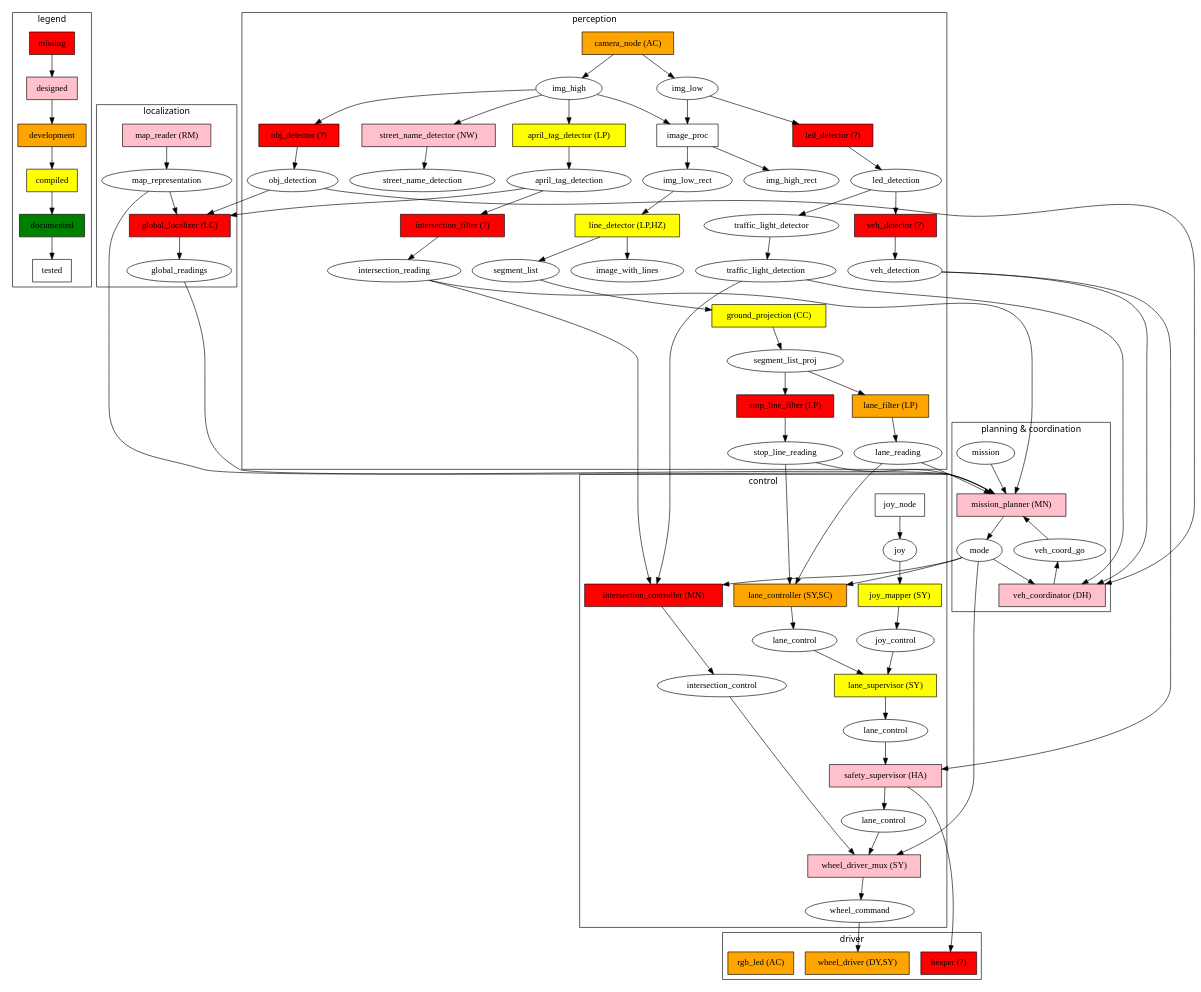
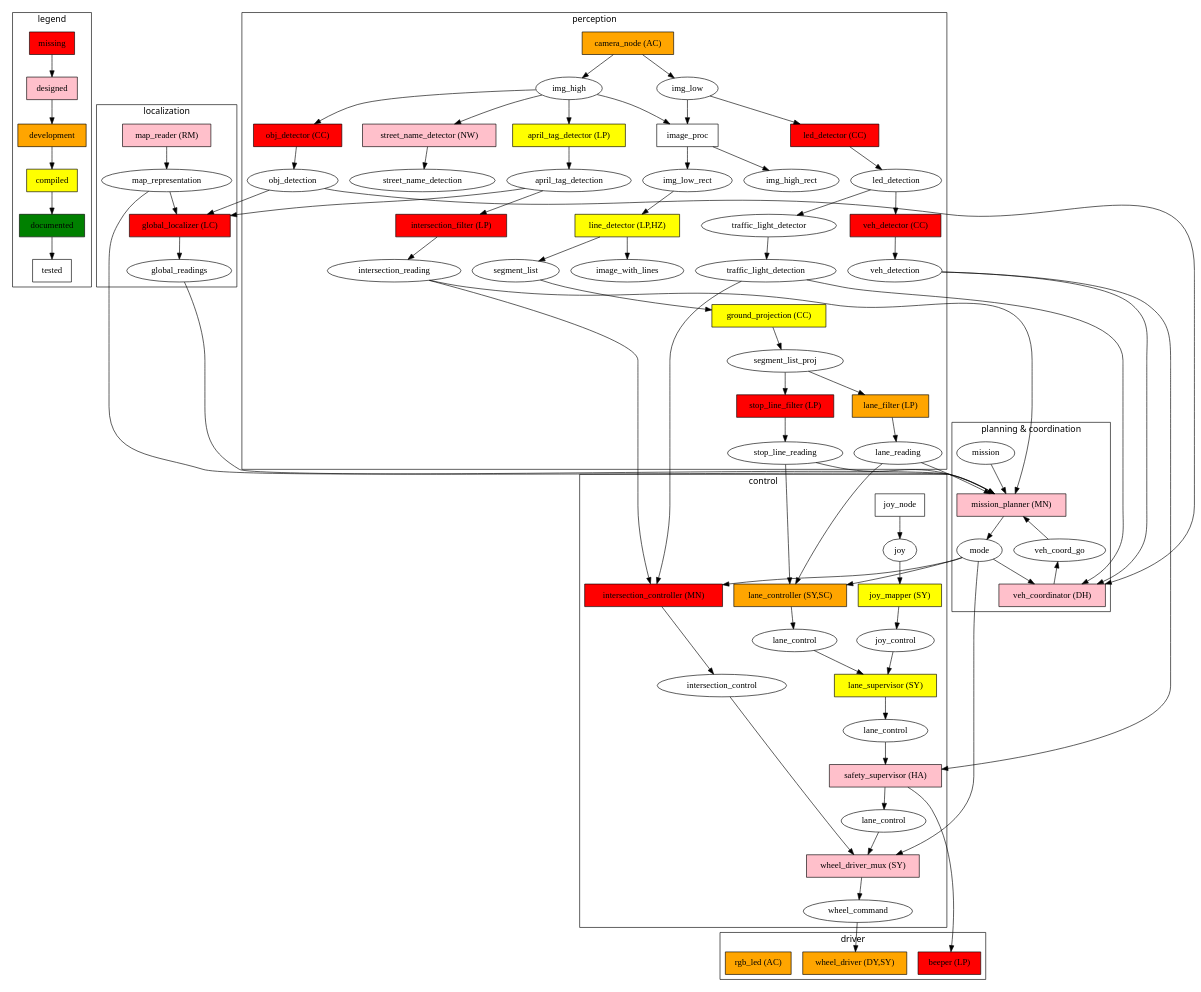
Before and after one commit to kungfrank/Knight_car: the diagram in ros_diagram/Duckietown_ROS_Diagram.dot, drawn with Graphviz. The commit also changed 1 other file, not shown here.

```diff
--- a/ros_diagram/Duckietown_ROS_Diagram.dot
+++ b/ros_diagram/Duckietown_ROS_Diagram.dot
@@ -26,13 +26,13 @@
 	subgraph node_missing{
 		node [fillcolor=red];
 		global_localizer[label="global_localizer (LC)"];
-		intersection_filter[label="intersection_filter (?)"];
+		intersection_filter[label="intersection_filter (LP)"];
 		intersection_controller[label="intersection_controller (MN)"];
 		stop_line_filter[label="stop_line_filter (LP)"];
-		led_detector[label="led_detector (?)"];
-		obj_detector[label="obj_detector (?)"];
-		beeper[label="beeper (?)"];
-		veh_detector[label="veh_detector (?)"];
+		led_detector[label="led_detector (CC)"];
+		obj_detector[label="obj_detector (CC)"];
+		beeper[label="beeper (LP)"];
+		veh_detector[label="veh_detector (CC)"];
 	}
 	subgraph node_designed{
 		node [fillcolor=pink];
```
